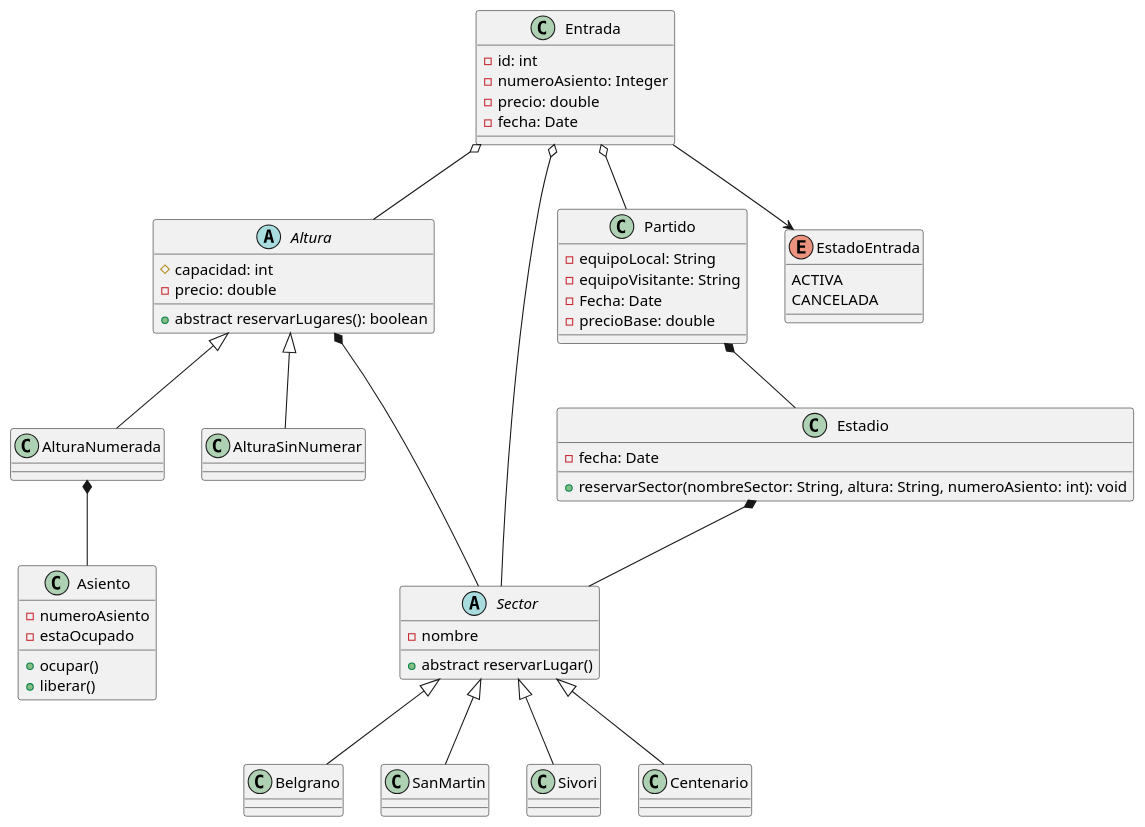
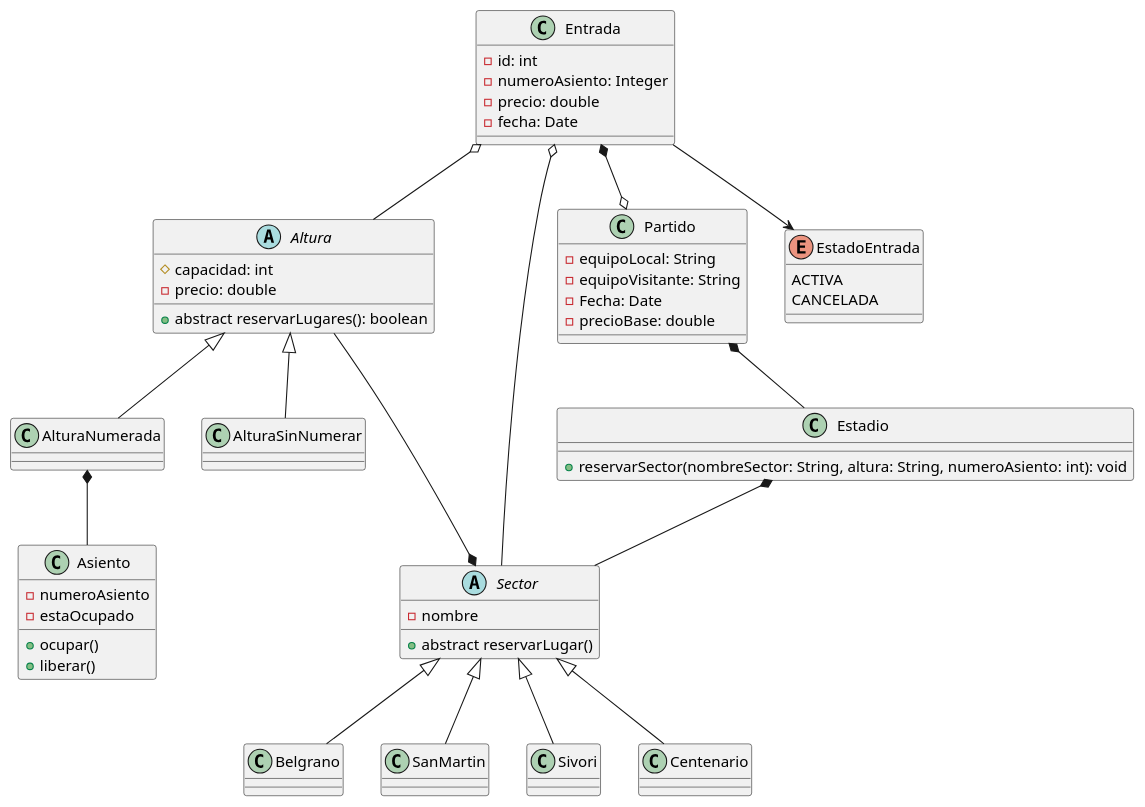
The diagram in src/main/resources/diagram.puml (SimonForteza/TPO_POO_2024), drawn with PlantUML before and after one commit. The commit also changed 6 other files, not shown here.

```diff
--- a/src/main/resources/diagram.puml
+++ b/src/main/resources/diagram.puml
@@ -1,73 +1,72 @@
 @startuml
 abstract class Altura{
     #capacidad: int
     -precio: double
     +abstract reservarLugares(): boolean
 }
 
 class AlturaNumerada{}
 class AlturaSinNumerar{}
 
 class Asiento{
     -numeroAsiento
     -estaOcupado
     +ocupar()
     +liberar()
 }
 
 abstract class Sector{
     -nombre
     +abstract reservarLugar()
 }
 
 class Belgrano{}
 class SanMartin{}
 class Sivori{}
 class Centenario{}
 
 class Estadio {
-    -fecha: Date
     +reservarSector(nombreSector: String, altura: String, numeroAsiento: int): void
 }
 
 class Partido{
     -equipoLocal: String
     -equipoVisitante: String
     -Fecha: Date
     -precioBase: double
 }
 
 class Entrada{
     -id: int
     -numeroAsiento: Integer
     -precio: double
     -fecha: Date
 
 }
 
 enum EstadoEntrada {
     ACTIVA
     CANCELADA
 }
 
 Altura <|-- AlturaNumerada
 Altura <|-- AlturaSinNumerar
 
-Altura *-- Sector
+Altura --* Sector
 AlturaNumerada *-- Asiento
 
 Sector <|-- Belgrano
 Sector <|-- SanMartin
 Sector <|-- Sivori
 Sector <|-- Centenario
 
 Estadio *-- Sector
 
-Entrada o-- Partido
+Entrada *--o Partido
 Entrada o-- Sector
 Entrada o-- Altura
 Entrada --> EstadoEntrada
 
 Partido *-- Estadio
 
 @enduml
```
